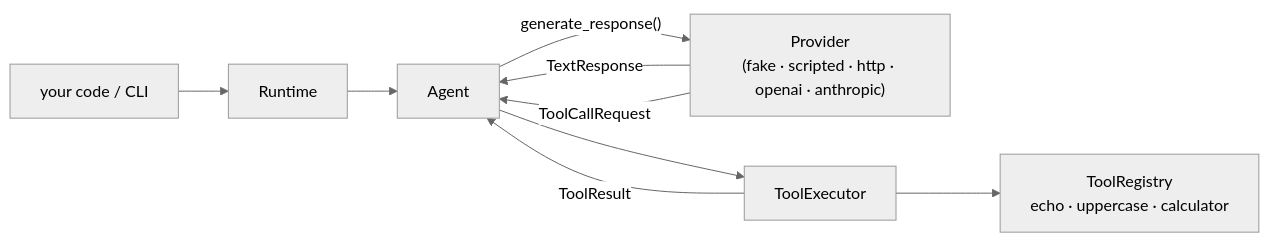
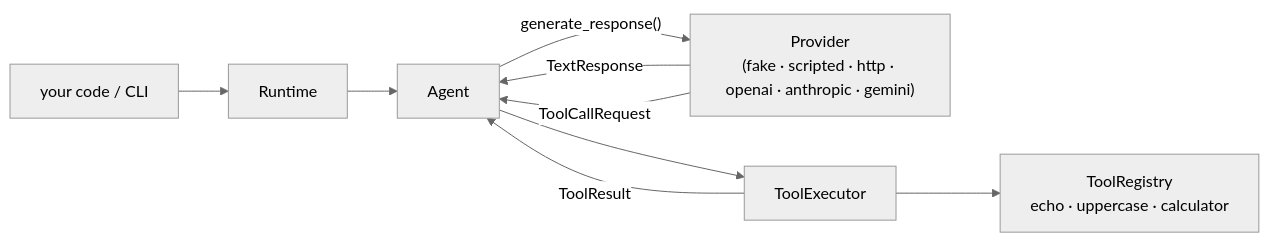
One commit to Abolfazlrwm/nexusagent changed the diagram in README.md. Above: the diagram before and after it, drawn with Mermaid (neutral theme). The commit also changed other lines of this file and 4 other files, not shown here.

First line of the commit message:
docs: document the Gemini provider (README, ADR 0008, architecture, status)

````diff
--- a/README.md
+++ b/README.md
@@ -55,11 +55,11 @@
 ```mermaid
 flowchart LR
     U["your code / CLI"] --> R["Runtime"]
     R --> A["Agent"]
-    A -- "generate_response()" --> P["Provider<br/>(fake · scripted · http · openai · anthropic)"]
+    A -- "generate_response()" --> P["Provider<br/>(fake · scripted · http · openai · anthropic · gemini)"]
     P -- "TextResponse" --> A
     P -- "ToolCallRequest" --> A
     A --> X["ToolExecutor"]
     X --> T["ToolRegistry<br/>echo · uppercase · calculator"]
     X -- "ToolResult" --> A
 ```
````
